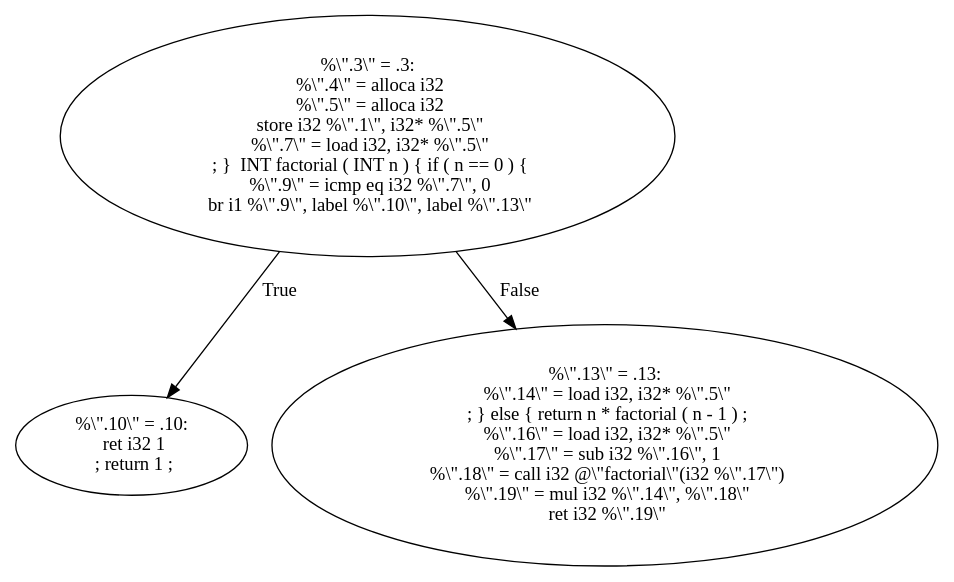
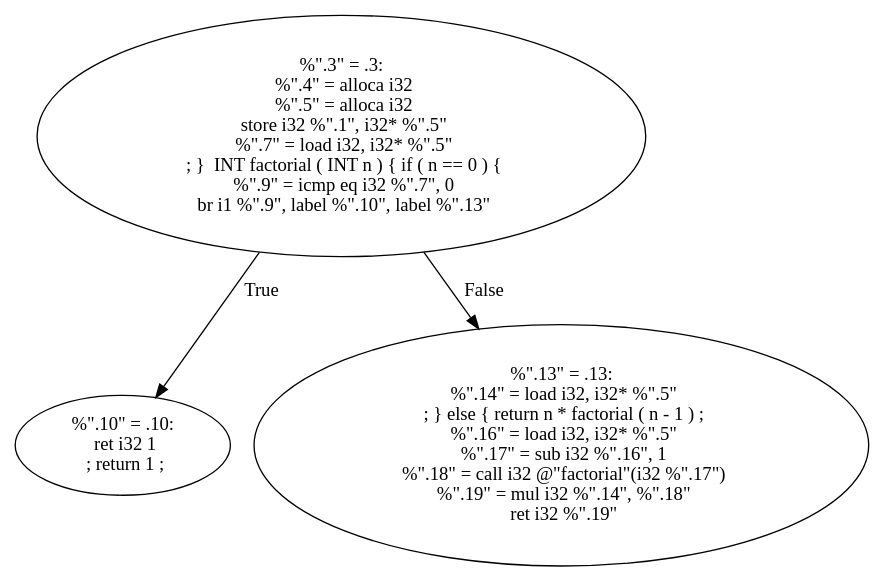
One commit to Are-you-listening/Compilers changed the diagram in example_source_files/47_function_pointer/47_function_pointer_cfg_factorial.dot. Above: the diagram before and after it, drawn with Graphviz. The commit also changed 278 other files, not shown here.

```diff
--- a/example_source_files/47_function_pointer/47_function_pointer_cfg_factorial.dot
+++ b/example_source_files/47_function_pointer/47_function_pointer_cfg_factorial.dot
@@ -1,23 +1,23 @@
 digraph AST {
-  "126527935243952" [label="%\\\".3\\\" = .3:
-  %\\\".4\\\" = alloca i32
-  %\\\".5\\\" = alloca i32
-  store i32 %\\\".1\\\", i32* %\\\".5\\\"
-  %\\\".7\\\" = load i32, i32* %\\\".5\\\"
+  "139300270647248" [label="%\".3\" = .3:
+  %\".4\" = alloca i32
+  %\".5\" = alloca i32
+  store i32 %\".1\", i32* %\".5\"
+  %\".7\" = load i32, i32* %\".5\"
   ; }  INT factorial ( INT n ) { if ( n == 0 ) {
-  %\\\".9\\\" = icmp eq i32 %\\\".7\\\", 0
-  br i1 %\\\".9\\\", label %\\\".10\\\", label %\\\".13\\\""];
-  "126527935243952" -> "126527935244912" [label="True"];
-  "126527935243952" -> "126527935238240" [label="False"];
-  "126527935244912" [label="%\\\".10\\\" = .10:
+  %\".9\" = icmp eq i32 %\".7\", 0
+  br i1 %\".9\", label %\".10\", label %\".13\""];
+  "139300270647248" -> "139300270651088" [label="True"];
+  "139300270647248" -> "139300270649024" [label="False"];
+  "139300270651088" [label="%\".10\" = .10:
   ret i32 1
   ; return 1 ;"];
-  "126527935238240" [label="%\\\".13\\\" = .13:
-  %\\\".14\\\" = load i32, i32* %\\\".5\\\"
+  "139300270649024" [label="%\".13\" = .13:
+  %\".14\" = load i32, i32* %\".5\"
   ; } else { return n * factorial ( n - 1 ) ;
-  %\\\".16\\\" = load i32, i32* %\\\".5\\\"
-  %\\\".17\\\" = sub i32 %\\\".16\\\", 1
-  %\\\".18\\\" = call i32 @\\\"factorial\\\"(i32 %\\\".17\\\")
-  %\\\".19\\\" = mul i32 %\\\".14\\\", %\\\".18\\\"
-  ret i32 %\\\".19\\\""];
+  %\".16\" = load i32, i32* %\".5\"
+  %\".17\" = sub i32 %\".16\", 1
+  %\".18\" = call i32 @\"factorial\"(i32 %\".17\")
+  %\".19\" = mul i32 %\".14\", %\".18\"
+  ret i32 %\".19\""];
 }
```
